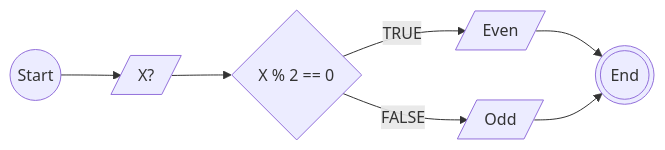
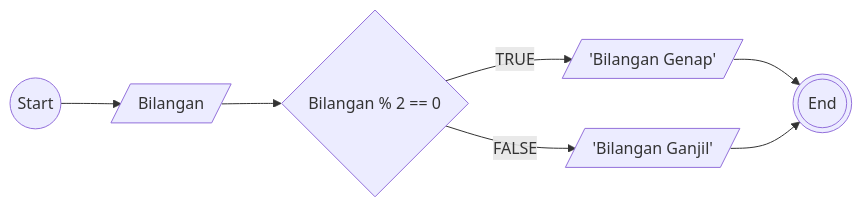
One commit to HN721/fgo24-algoritma changed the diagram in Bilangan.md. Above: the diagram before and after it, drawn with Mermaid. The commit also changed other lines of this file, not shown here.

````diff
--- a/Bilangan.md
+++ b/Bilangan.md
@@ -28,16 +28,16 @@
 ```mermaid
 flowchart LR
 A@{shape : circle , label: "start"}
 B@{shape : lean-r  , label: "X"}
 
 
 
-A((Start)) --> B[/X?/]-->
+A((Start)) --> B[/Bilangan/]-->
 
-C{X % 2 == 0} --TRUE--> D[/Even/]
+C{Bilangan % 2 == 0} --TRUE--> D[/'Bilangan Genap'/]
 
-C --FALSE--> E[/Odd/]
+C --FALSE--> E[/'Bilangan Ganjil'/]
 
 D & E --> F@{shape: dbl-circ, label: "End"}
 
 ```
````
